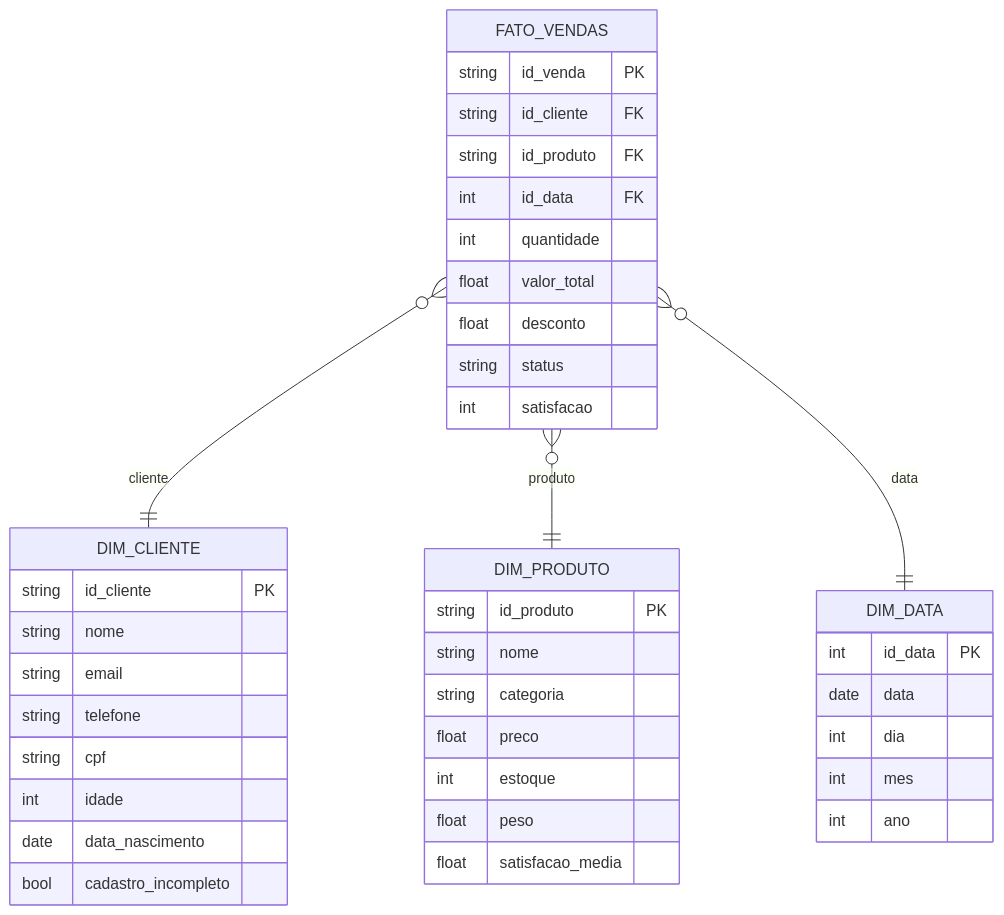
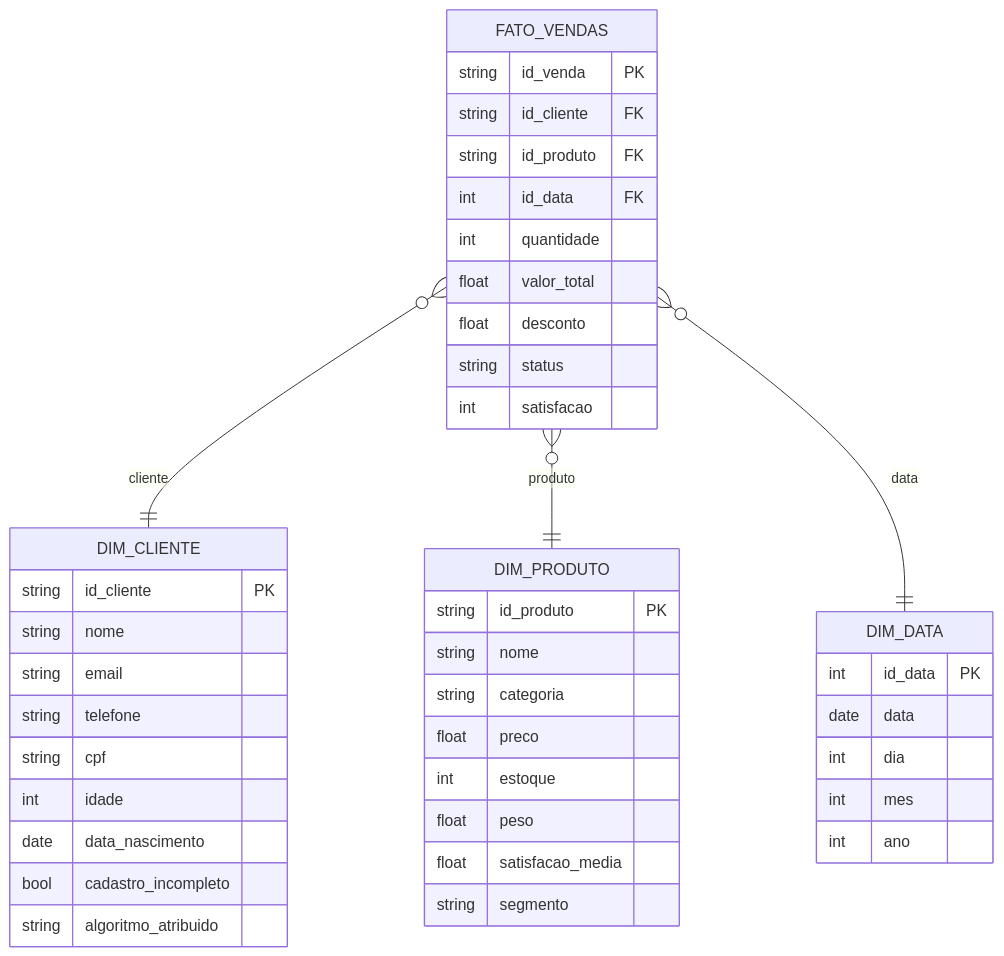
One commit to Anlbp/Projeto-Gardenia-unifeob changed the second of 3 diagrams in dados/readme_dados.md. Above: the diagram before and after it, drawn with Mermaid. The commit also changed other lines of this file, not shown here.

````diff
--- a/dados/readme_dados.md
+++ b/dados/readme_dados.md
@@ -145,43 +159,45 @@
 ```mermaid
 erDiagram
     FATO_VENDAS }o--|| DIM_CLIENTE : "cliente"
     FATO_VENDAS }o--|| DIM_PRODUTO : "produto"
     FATO_VENDAS }o--|| DIM_DATA : "data"
     FATO_VENDAS {
         string id_venda PK
         string id_cliente FK
         string id_produto FK
         int id_data FK
         int quantidade
         float valor_total
         float desconto
         string status
         int satisfacao
     }
     DIM_CLIENTE {
         string id_cliente PK
         string nome
         string email
         string telefone
         string cpf
         int idade
         date data_nascimento
         bool cadastro_incompleto
+        string algoritmo_atribuido
     }
     DIM_PRODUTO {
         string id_produto PK
         string nome
         string categoria
         float preco
         int estoque
         float peso
         float satisfacao_media
+        string segmento
     }
     DIM_DATA {
         int id_data PK
         date data
         int dia
         int mes
         int ano
     }
 ```
````
